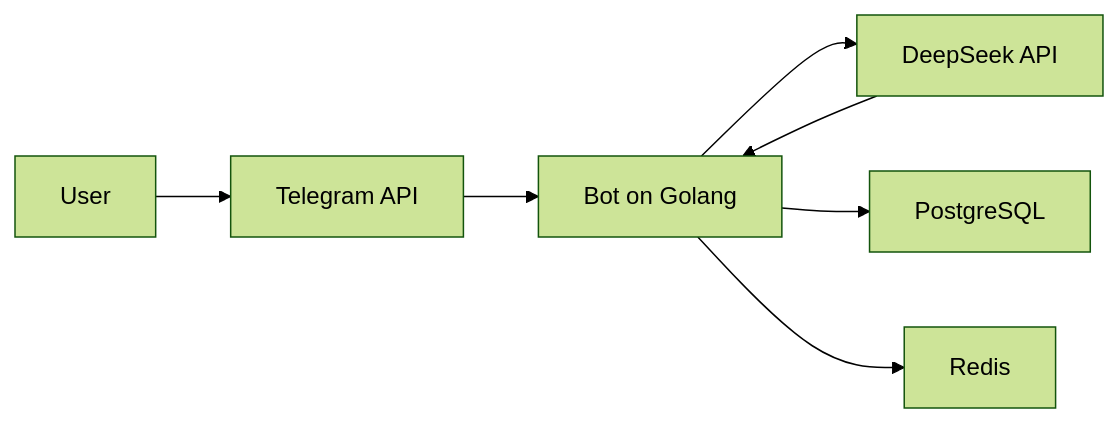
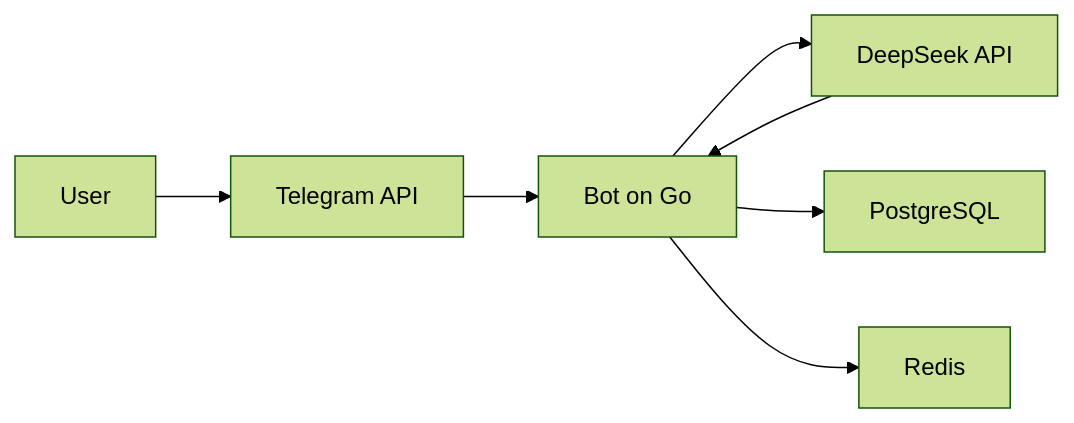
Before and after one commit to wnderbin/QuokkaAI-Bot: the diagram in docs/documentation.md, drawn with Mermaid (forest theme). The commit also changed other lines of this file and 13 other files, not shown here.

````diff
--- a/docs/documentation.md
+++ b/docs/documentation.md
@@ -52,9 +59,9 @@
 ```mermaid
 flowchart LR
-    A[User] --> B[Telegram API]
-    B --> C[Bot on Golang]
-    C --> D[DeepSeek API]
-    C --> E[PostgreSQL]
-    C --> F[Redis]
-    D --> C
+A[User] --> B[Telegram API]
+B --> C[Bot on Go]
+C --> D[DeepSeek API]
+C --> E[PostgreSQL]
+C --> F[Redis]
+D --> C
 ```
````
